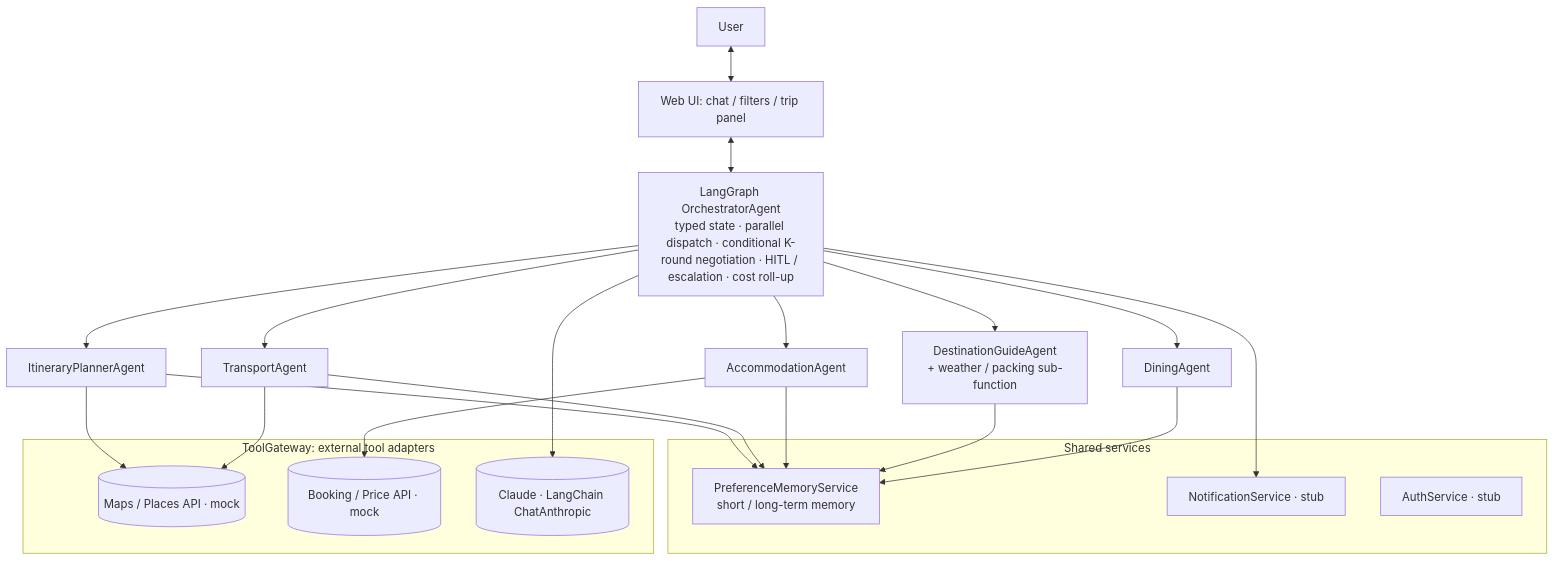
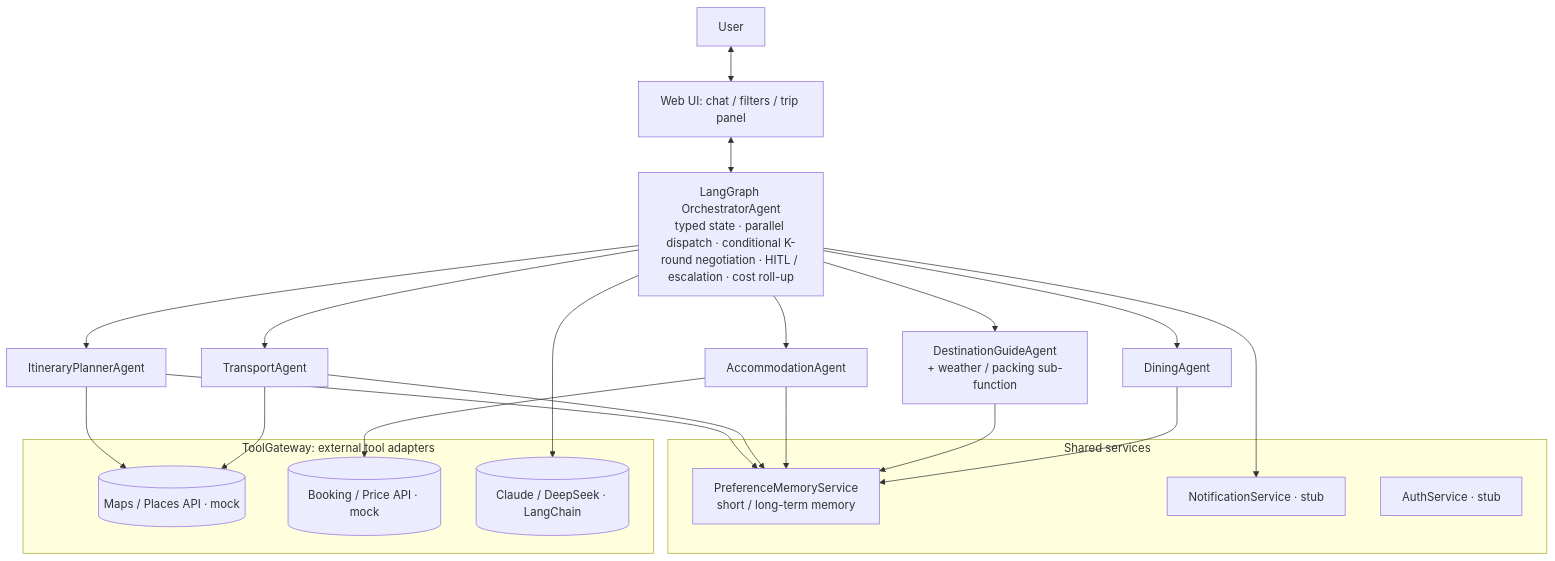
One commit to HeadmasterEggy/AI_TRIP_PLANNER changed the diagram in README.md. Above: the diagram before and after it, drawn with Mermaid. The commit also changed other lines of this file and 16 other files, not shown here.

````diff
--- a/README.md
+++ b/README.md
@@ -21,34 +21,34 @@
 ```mermaid
 flowchart TB
     U[User] <--> UI[Web UI: chat / filters / trip panel]
     UI <--> ORC[LangGraph OrchestratorAgent<br/>typed state · parallel dispatch · conditional K-round negotiation · HITL / escalation · cost roll-up]
 
     ORC --> IT[ItineraryPlannerAgent]
     ORC --> TR[TransportAgent]
     ORC --> AC[AccommodationAgent]
     ORC --> DG[DestinationGuideAgent<br/>+ weather / packing sub-function]
     ORC --> DN[DiningAgent]
 
     subgraph SVC[Shared services]
       MEM[PreferenceMemoryService<br/>short / long-term memory]
       NOT[NotificationService · stub]
       AUTH[AuthService · stub]
     end
 
     subgraph TOOLS[ToolGateway: external tool adapters]
       MAPS[(Maps / Places API · mock)]
       BOOK[(Booking / Price API · mock)]
-      LLM[(Claude · LangChain ChatAnthropic)]
+      LLM[(Claude / DeepSeek · LangChain)]
     end
 
     IT --> MEM
     TR --> MEM
     AC --> MEM
     DG --> MEM
     DN --> MEM
     IT --> MAPS
     TR --> MAPS
     AC --> BOOK
     ORC --> LLM
     ORC --> NOT
 ```
````
